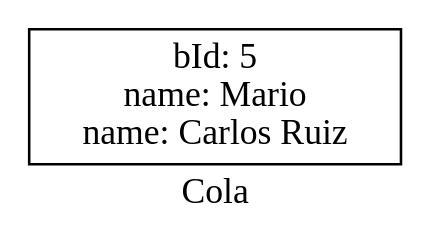
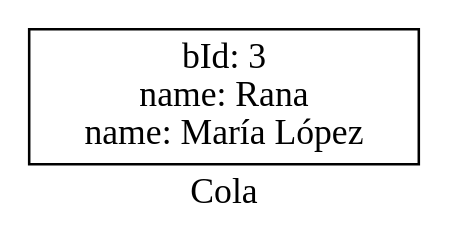
The diagram in Proyecto1/dot_reports/queue.dot (marcosbondel/IPC2_ProyectoVD2024_202202410), drawn with Graphviz before and after one commit. The commit also changed 18 other files, not shown here.

```diff
--- a/Proyecto1/dot_reports/queue.dot
+++ b/Proyecto1/dot_reports/queue.dot
@@ -1,6 +1,6 @@
 digraph G {
             rankdir="RL";
             label="Cola";
             node[shape=box];
-        nodo0[label="bId: 5\nname: Mario\nname: Carlos Ruiz\n"];
+        nodo0[label="bId: 3\nname: Rana\nname: María López\n"];
 }
```
